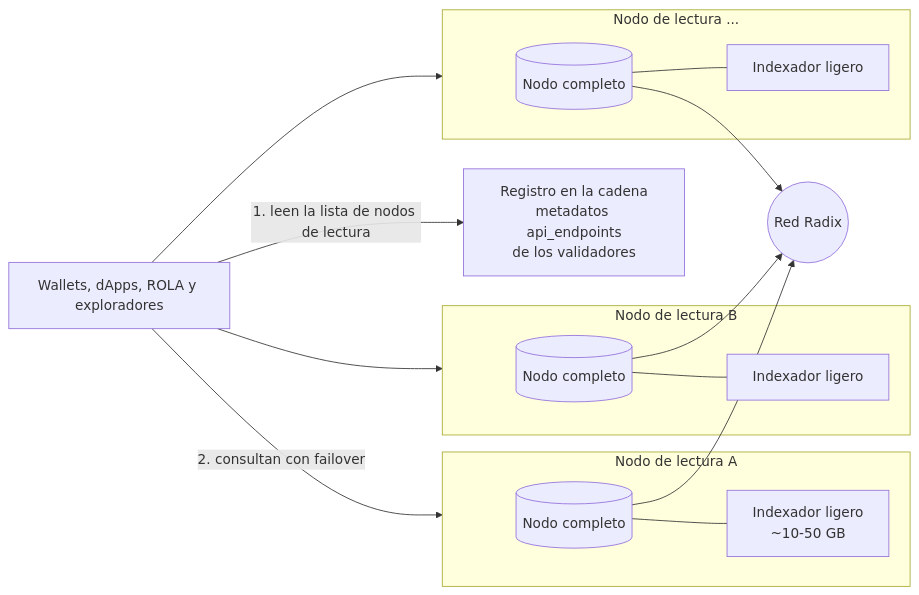
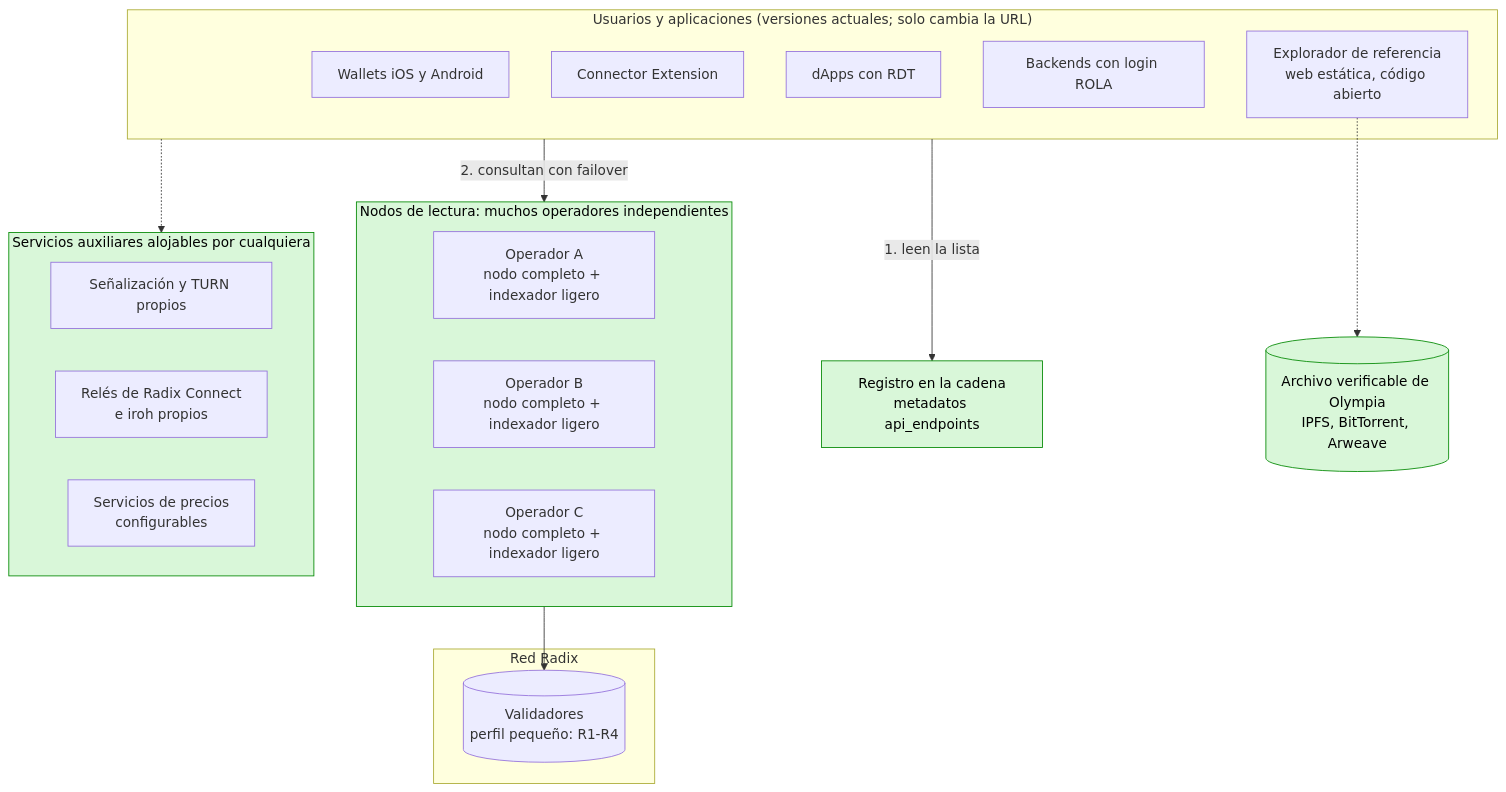
The second of 4 diagrams in README.es.md (dazligth/radix-decentralization-roadmap), drawn with Mermaid before and after one commit. The commit also changed other lines of this file and 17 other files, not shown here.

First line of the commit message:
Add lighter nodes (4 GB RAM / 500 GB), implementation guide and infrastructure diagrams

````diff
--- a/README.es.md
+++ b/README.es.md
@@ -24,21 +65,32 @@
 ```mermaid
-flowchart LR
-    C["Wallets, dApps, ROLA y exploradores"]
-    REG["Registro en la cadena<br/>metadatos api_endpoints<br/>de los validadores"]
-    C -- "1. leen la lista de nodos de lectura" --> REG
-    C -- "2. consultan con failover" --> A
-    C --> B
-    C --> Z
-    subgraph A["Nodo de lectura A"]
-        A1[("Nodo completo")] --- A2["Indexador ligero<br/>~10-50 GB"]
+flowchart TB
+    subgraph APPS["Usuarios y aplicaciones (versiones actuales; solo cambia la URL)"]
+        W["Wallets iOS y Android"]
+        EXT["Connector Extension"]
+        DAPP["dApps con RDT"]
+        ROLA["Backends con login ROLA"]
+        EXP["Explorador de referencia<br/>web estática, código abierto"]
     end
-    subgraph B["Nodo de lectura B"]
-        B1[("Nodo completo")] --- B2["Indexador ligero"]
+    REG["Registro en la cadena<br/>metadatos api_endpoints"]
+    subgraph READ["Nodos de lectura: muchos operadores independientes"]
+        R1["Operador A<br/>nodo completo + indexador ligero"]
+        R2["Operador B<br/>nodo completo + indexador ligero"]
+        R3["Operador C<br/>nodo completo + indexador ligero"]
     end
-    subgraph Z["Nodo de lectura ..."]
-        Z1[("Nodo completo")] --- Z2["Indexador ligero"]
+    subgraph NET["Red Radix"]
+        VAL[("Validadores<br/>perfil pequeño: R1-R4")]
     end
-    A1 --> R(("Red Radix"))
-    B1 --> R
-    Z1 --> R
+    subgraph SELF["Servicios auxiliares alojables por cualquiera"]
+        SIG["Señalización y TURN propios"]
+        RELAY["Relés de Radix Connect<br/>e iroh propios"]
+        PRICE["Servicios de precios<br/>configurables"]
+    end
+    ARCH[("Archivo verificable de Olympia<br/>IPFS, BitTorrent, Arweave")]
+    APPS -- "1. leen la lista" --> REG
+    APPS -- "2. consultan con failover" --> READ
+    READ --> VAL
+    APPS -.-> SELF
+    EXP -.-> ARCH
+    classDef good fill:#d9f7d9,stroke:#080,color:#000
+    class READ,REG,ARCH,SELF good
 ```
````
